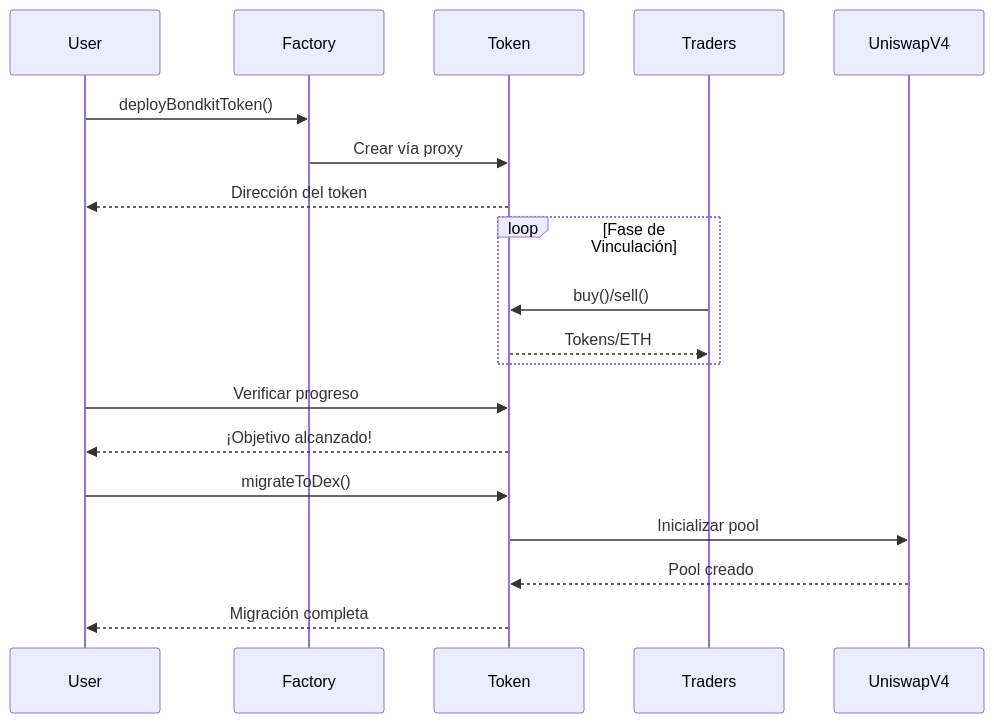
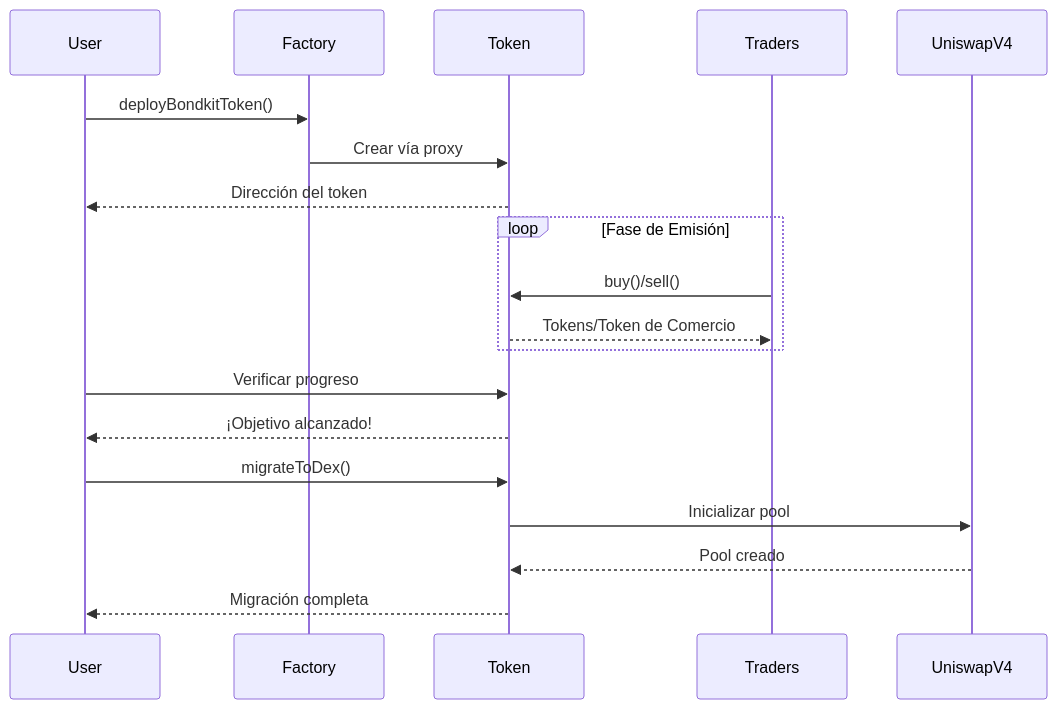
Before and after one commit to b3-fun/b3: the diagram in docs/es/bondkit/quickstart.mdx, drawn with Mermaid. The commit also changed other lines of this file and 113 other files, not shown here.

````diff
--- a/docs/es/bondkit/quickstart.mdx
+++ b/docs/es/bondkit/quickstart.mdx
@@ -22,25 +22,25 @@
 ```mermaid
 sequenceDiagram
     participant User
     participant Factory
     participant Token
     participant Traders
     participant UniswapV4
     
     User->>Factory: deployBondkitToken()
     Factory->>Token: Crear vía proxy
     Token-->>User: Dirección del token
     
-    loop Fase de Vinculación
+    loop Fase de Emisión
         Traders->>Token: buy()/sell()
-        Token-->>Traders: Tokens/ETH
+        Token-->>Traders: Tokens/Token de Comercio
     end
     
     User->>Token: Verificar progreso
     Token-->>User: ¡Objetivo alcanzado!
     
     User->>Token: migrateToDex()
     Token->>UniswapV4: Inicializar pool
     UniswapV4-->>Token: Pool creado
     Token-->>User: Migración completa
 ```
````
